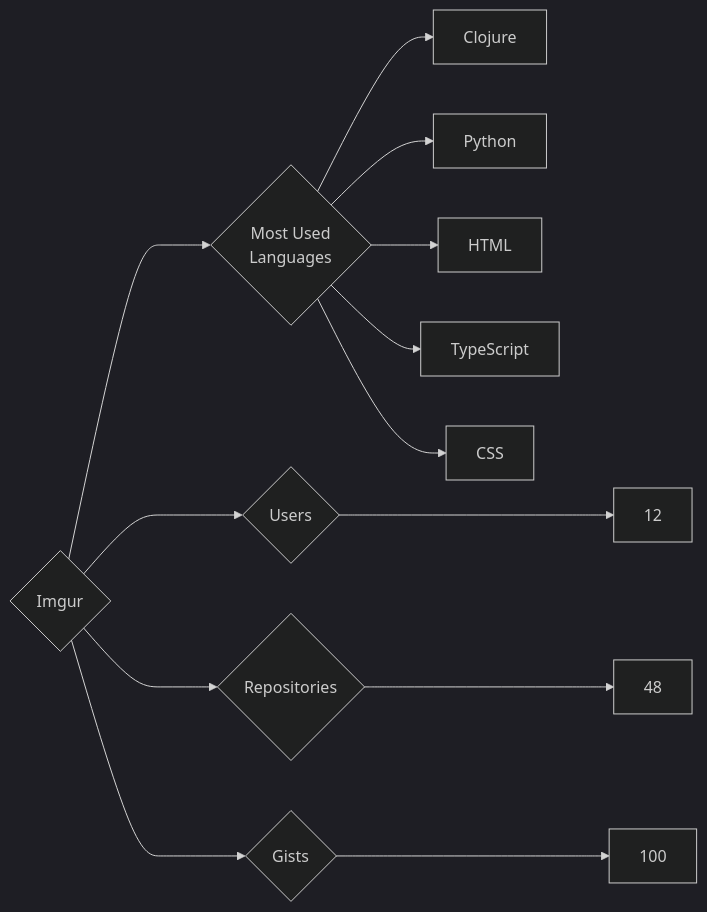
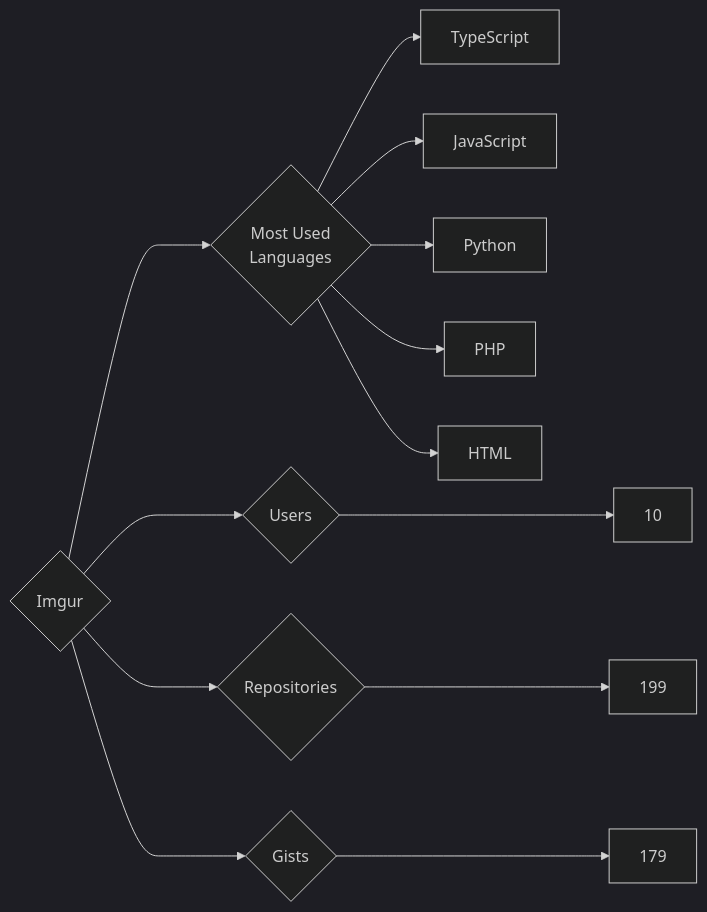
Before and after one commit to trickest/insiders: the diagram in targets/Imgur/README.md, drawn with Mermaid (dark theme). The commit also changed 1167 other files, not shown here.

````diff
--- a/targets/Imgur/README.md
+++ b/targets/Imgur/README.md
@@ -3,13 +3,13 @@
 ```mermaid
 graph LR
 COMPANY_NAME{Imgur}
-COMPANY_NAME ---> U{Users} ---> UN[12]
-COMPANY_NAME ---> R{Repositories} ---> RN[48]
-COMPANY_NAME ---> G{Gists} ---> GN[100]
+COMPANY_NAME ---> U{Users} ---> UN[10]
+COMPANY_NAME ---> R{Repositories} ---> RN[199]
+COMPANY_NAME ---> G{Gists} ---> GN[179]
 COMPANY_NAME ---> ML{Most Used<br>Languages}
-ML --> Clojure[Clojure]
+ML --> TypeScript[TypeScript]
+ML --> JavaScript[JavaScript]
 ML --> Python[Python]
+ML --> PHP[PHP]
 ML --> HTML[HTML]
-ML --> TypeScript[TypeScript]
-ML --> CSS[CSS]
 ```
````
